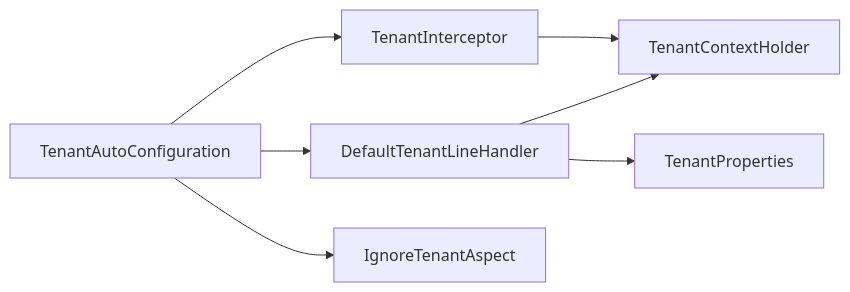
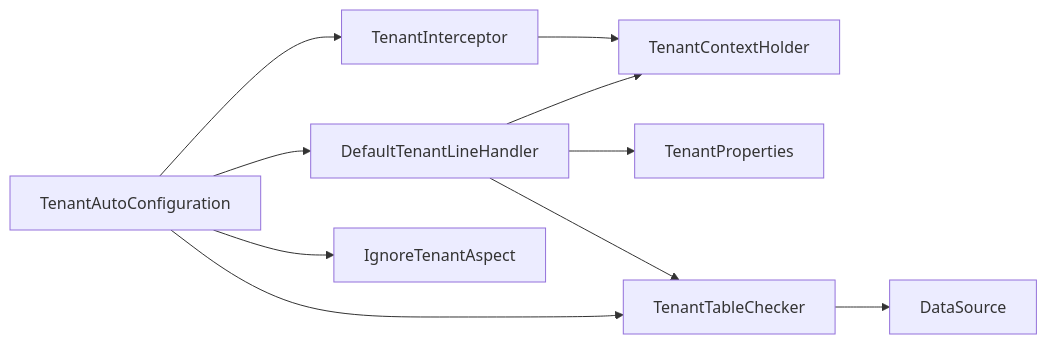
The eighth of 8 diagrams in .qoder/repowiki/zh/content/核心功能模块/多租户管理/多租户管理.md (yaomindong1996/forge-admin), drawn with Mermaid before and after one commit. The commit also changed other lines of this file and 37 other files, not shown here.

````diff
--- a/.qoder/repowiki/zh/content/核心功能模块/多租户管理/多租户管理.md
+++ b/.qoder/repowiki/zh/content/核心功能模块/多租户管理/多租户管理.md
@@ -300,9 +371,12 @@
 ```mermaid
 graph LR
 TI["TenantInterceptor"] --> TH["TenantContextHolder"]
 DLH["DefaultTenantLineHandler"] --> TH
 DLH --> TP["TenantProperties"]
+DLH --> TTC["TenantTableChecker"]
+TTC --> DS["DataSource"]
 TAC["TenantAutoConfiguration"] --> TI
 TAC --> DLH
 TAC --> ITA["IgnoreTenantAspect"]
+TAC --> TTC
 ```
````
